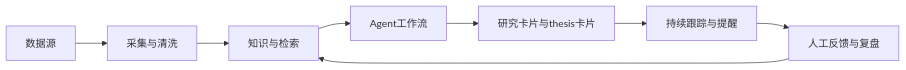
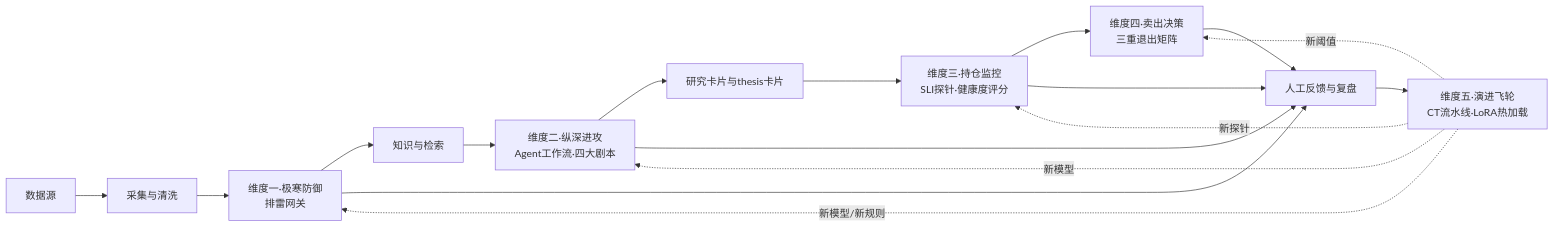
Before and after one commit to myxxhui/diting-doc: the first of 2 diagrams in 02_战略维度/平台与产品/09_主业务与工程链路图.md, drawn with Mermaid. The commit also changed other lines of this file and 238 other files, not shown here.

````diff
--- a/02_战略维度/平台与产品/09_主业务与工程链路图.md
+++ b/02_战略维度/平台与产品/09_主业务与工程链路图.md
@@ -8,13 +9,25 @@
 ```mermaid
 flowchart LR
   source[数据源]
   ingest[采集与清洗]
+  firewall["维度一·极寒防御<br/>排雷网关"]
   knowledge[知识与检索]
-  agents[Agent工作流]
+  engine["维度二·纵深进攻<br/>Agent工作流·四大剧本"]
   output[研究卡片与thesis卡片]
-  track[持续跟踪与提醒]
+  observer["维度三·持仓监控<br/>SLI探针·健康度评分"]
+  exit["维度四·卖出决策<br/>三重退出矩阵"]
   feedback[人工反馈与复盘]
+  flywheel["维度五·演进飞轮<br/>CT流水线·LoRA热加载"]
 
-  source --> ingest --> knowledge --> agents --> output --> track --> feedback
-  feedback --> knowledge
+  source --> ingest --> firewall --> knowledge --> engine --> output
+  output --> observer --> exit
+  exit --> feedback
+  observer --> feedback
+  engine --> feedback
+  firewall --> feedback
+  feedback --> flywheel
+  flywheel -.新模型/新规则.-> firewall
+  flywheel -.新模型.-> engine
+  flywheel -.新探针.-> observer
+  flywheel -.新阈值.-> exit
 ```
````
